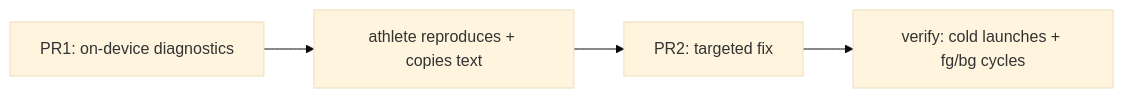
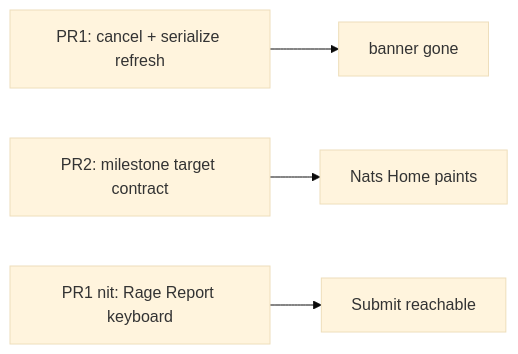
One commit to sibling-shipyard/coach-hq changed the diagram in docs/plans/ios-home-banner-fix.md. Above: the diagram before and after it, drawn with Mermaid (base theme). The commit also changed other lines of this file and 2 other files, not shown here.

First line of the commit message:
ios: ignore cancelled Home refreshes; Rage Report keyboard dismiss

````diff
--- a/docs/plans/ios-home-banner-fix.md
+++ b/docs/plans/ios-home-banner-fix.md
@@ -28,6 +22,6 @@
 ```mermaid
 flowchart LR
-  A["PR1: on-device diagnostics"] --> B["athlete reproduces + copies text"]
-  B --> C["PR2: targeted fix"]
-  C --> D["verify: cold launches + fg/bg cycles"]
+  A["PR1: cancel + serialize refresh"] --> D["banner gone"]
+  B["PR2: milestone target contract"] --> E["Nats Home paints"]
+  C["PR1 nit: Rage Report keyboard"] --> F["Submit reachable"]
 ```
````
